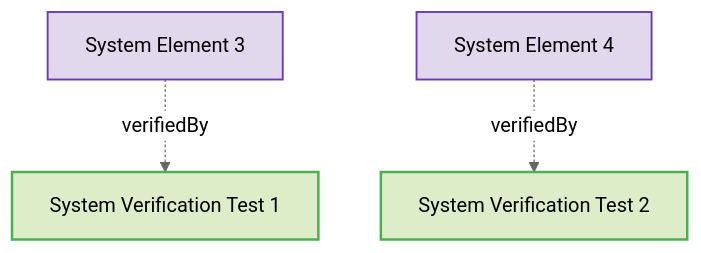
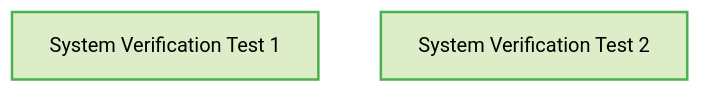
Before and after one commit to reqvire-org/reqvire: the first of 2 diagrams in tests/test-diagram-generation/expected/VerificationTests.md, drawn with Mermaid (neutral theme). The commit also changed 6 other files, not shown here.

First line of the commit message:
Change diagram hierarchy: start from local parents, include all children

````diff
--- a/tests/test-diagram-generation/expected/VerificationTests.md
+++ b/tests/test-diagram-generation/expected/VerificationTests.md
@@ -3,24 +3,16 @@
 ```mermaid
 graph TD;
   %% REQVIRE-AUTOGENERATED-DIAGRAM
   %% Graph styling
   classDef userRequirement fill:#D1C4E9,stroke:#7E57C2,stroke-width:2px;
   classDef systemRequirement fill:#E1D8EE,stroke:#673AB7,stroke-width:1.5px;
   classDef verification fill:#DCEDC8,stroke:#4CAF50,stroke-width:2px;
   classDef default fill:#F5F5F5,stroke:#424242,stroke-width:1.5px;
 
   73e63ed391cfc4bf["System Verification Test 1"];
   class 73e63ed391cfc4bf verification;
   click 73e63ed391cfc4bf "VerificationTests.md#system-verification-test-1";
   f0a7f5fab3da59bf["System Verification Test 2"];
   class f0a7f5fab3da59bf verification;
   click f0a7f5fab3da59bf "VerificationTests.md#system-verification-test-2";
-  2224944e5433019f["System Element 3"];
-  class 2224944e5433019f systemRequirement;
-  click 2224944e5433019f "SystemRequirements.md#system-element-3";
-  2224944e5433019f -.->|verifiedBy| 73e63ed391cfc4bf;
-  73a156057b550c34["System Element 4"];
-  class 73a156057b550c34 systemRequirement;
-  click 73a156057b550c34 "SystemRequirements.md#system-element-4";
-  73a156057b550c34 -.->|verifiedBy| f0a7f5fab3da59bf;
 ```
````
